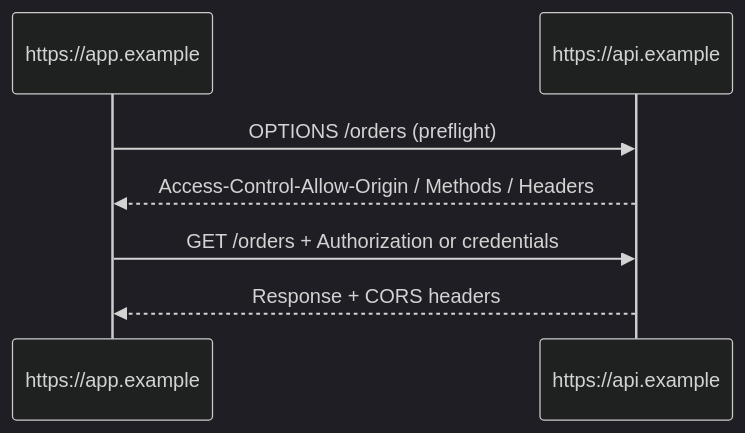
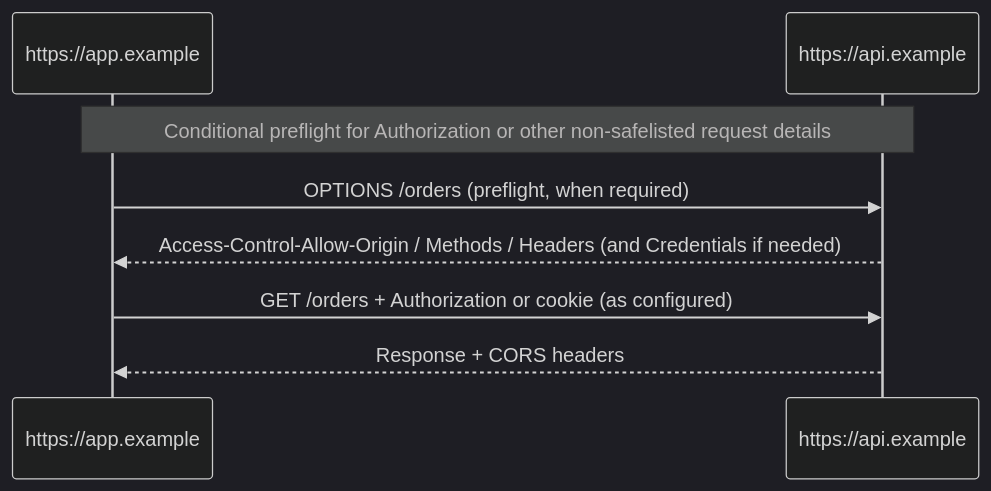
One commit to thucne/software-development-atlas changed the second of 3 diagrams in content/docs/backend-engineering/auth-debugging-field-guide.mdx. Above: the diagram before and after it, drawn with Mermaid (dark theme). The commit also changed other lines of this file and 6 other files, not shown here.

````diff
--- a/content/docs/backend-engineering/auth-debugging-field-guide.mdx
+++ b/content/docs/backend-engineering/auth-debugging-field-guide.mdx
@@ -115,10 +116,11 @@
 ```mermaid
 sequenceDiagram
   participant SPA as https://app.example
   participant API as https://api.example
 
-  SPA->>API: OPTIONS /orders (preflight)
-  API-->>SPA: Access-Control-Allow-Origin / Methods / Headers
-  SPA->>API: GET /orders + Authorization or credentials
+  Note over SPA,API: Conditional preflight for Authorization or other non-safelisted request details
+  SPA->>API: OPTIONS /orders (preflight, when required)
+  API-->>SPA: Access-Control-Allow-Origin / Methods / Headers (and Credentials if needed)
+  SPA->>API: GET /orders + Authorization or cookie (as configured)
   API-->>SPA: Response + CORS headers
 ```
````
